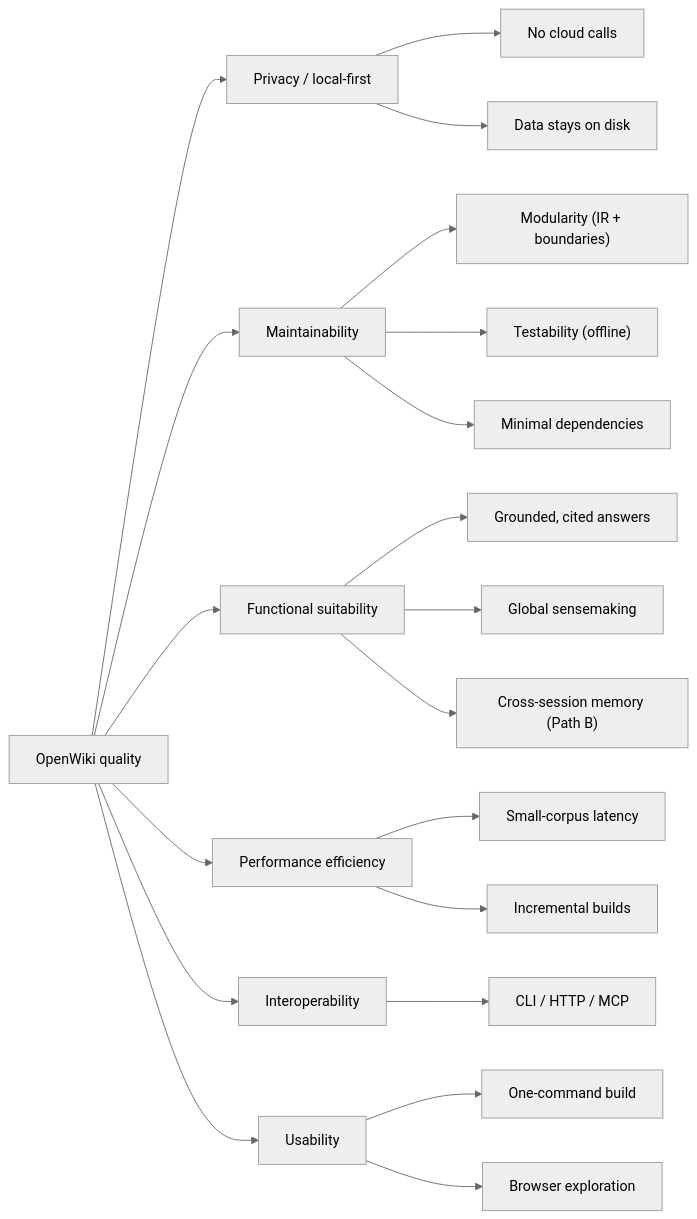
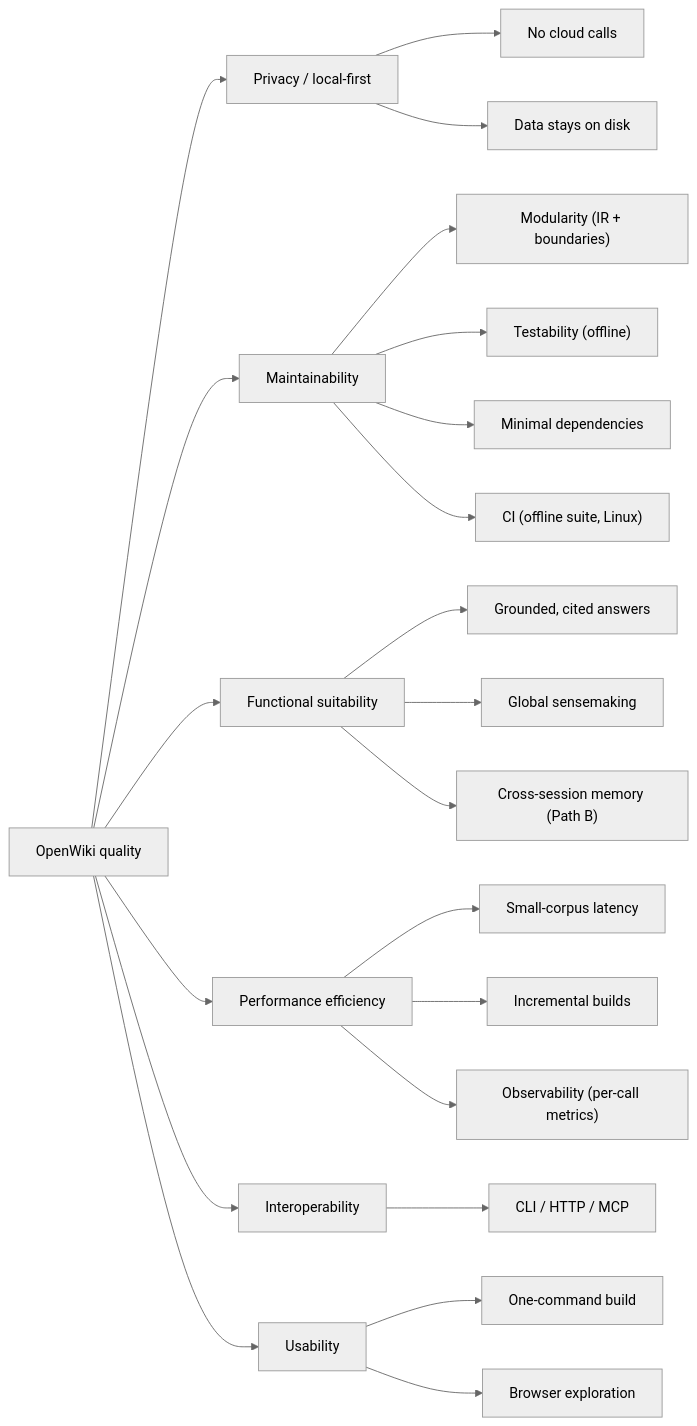
One commit to Neuroant/OpenWiki changed the diagram in docs/arc42/10-quality-requirements.md. Above: the diagram before and after it, drawn with Mermaid (neutral theme). The commit also changed other lines of this file and 8 other files, not shown here.

First line of the commit message:
arc42: bring the architecture docs current through v0.66

````diff
--- a/docs/arc42/10-quality-requirements.md
+++ b/docs/arc42/10-quality-requirements.md
@@ -8,16 +8,17 @@
 ```mermaid
 flowchart LR
   Q["OpenWiki quality"]
   Q --> P["Privacy / local-first"]
   Q --> M["Maintainability"]
   Q --> F["Functional suitability"]
   Q --> E["Performance efficiency"]
   Q --> I["Interoperability"]
   Q --> U["Usability"]
   P --> P1["No cloud calls"] & P2["Data stays on disk"]
   M --> M1["Modularity (IR + boundaries)"] & M2["Testability (offline)"] & M3["Minimal dependencies"]
   F --> F1["Grounded, cited answers"] & F2["Global sensemaking"] & F3["Cross-session memory (Path B)"]
-  E --> E1["Small-corpus latency"] & E2["Incremental builds"]
+  E --> E1["Small-corpus latency"] & E2["Incremental builds"] & E3["Observability (per-call metrics)"]
+  M --> M4["CI (offline suite, Linux)"]
   I --> I1["CLI / HTTP / MCP"]
   U --> U1["One-command build"] & U2["Browser exploration"]
 ```
````
